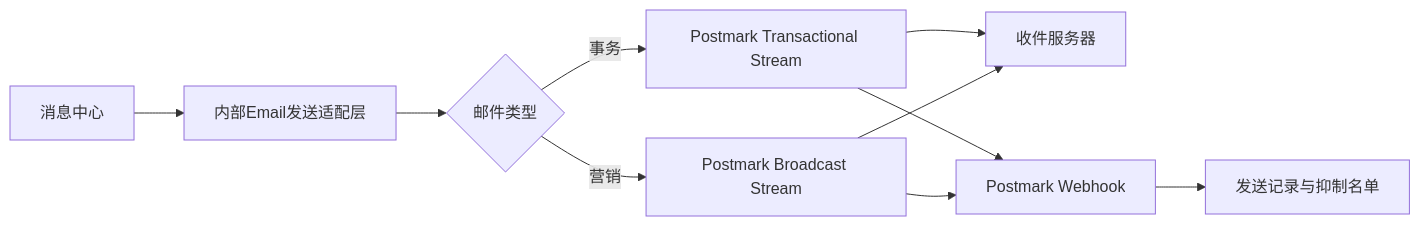
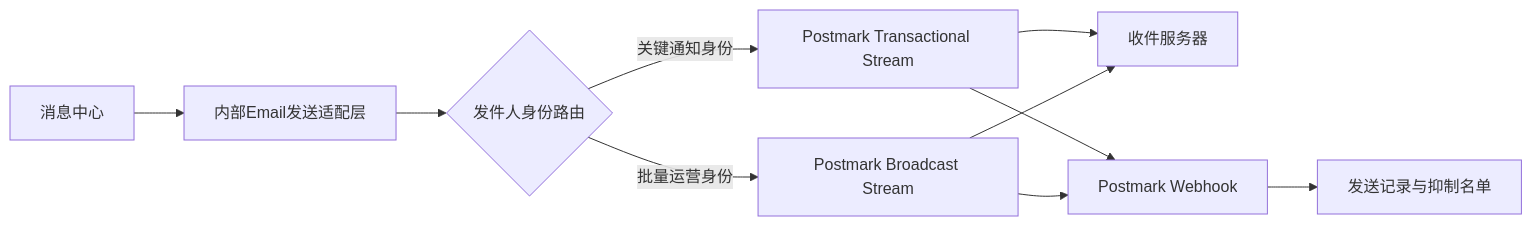
One commit to Gary20001016/ForX-Finance-Prototype changed the first of 2 diagrams in MSG/docs/prd/message-center/10-邮件服务商选型对比.md. Above: the diagram before and after it, drawn with Mermaid. The commit also changed other lines of this file and 23 other files, not shown here.

````diff
--- a/MSG/docs/prd/message-center/10-邮件服务商选型对比.md
+++ b/MSG/docs/prd/message-center/10-邮件服务商选型对比.md
@@ -152,12 +152,12 @@
 ```mermaid
 flowchart LR
     A["消息中心"] --> B["内部Email发送适配层"]
-    B --> C{"邮件类型"}
-    C -->|"事务"| D["Postmark Transactional Stream"]
-    C -->|"营销"| E["Postmark Broadcast Stream"]
+    B --> C{"发件人身份路由"}
+    C -->|"关键通知身份"| D["Postmark Transactional Stream"]
+    C -->|"批量运营身份"| E["Postmark Broadcast Stream"]
     D --> F["收件服务器"]
     E --> F
     D --> G["Postmark Webhook"]
     E --> G
     G --> H["发送记录与抑制名单"]
 ```
````
